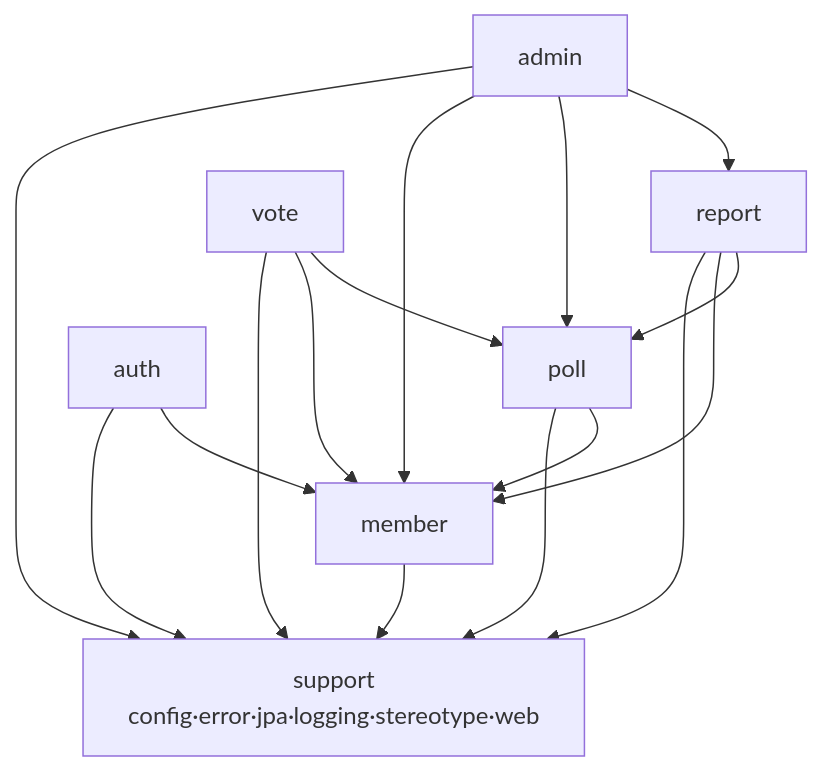
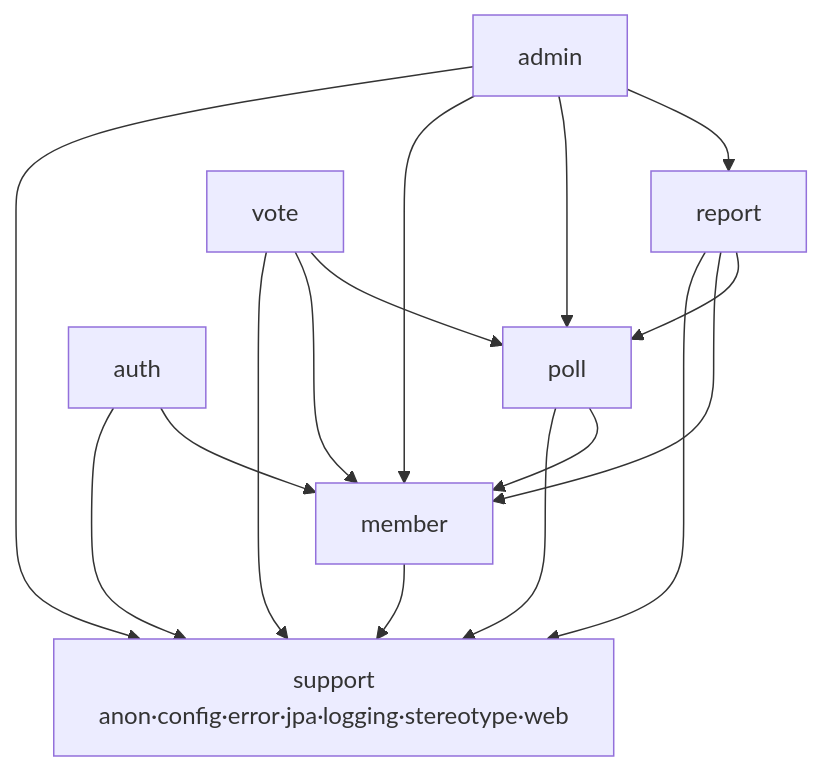
The second of 3 diagrams in docs/아키텍처.md (kwakseobang/AuDDum), drawn with Mermaid before and after one commit. The commit also changed other lines of this file and 31 other files, not shown here.

````diff
--- a/docs/아키텍처.md
+++ b/docs/아키텍처.md
@@ -85,19 +85,19 @@
 ```mermaid
 flowchart TD
     admin --> report
     admin --> poll
     admin --> member
     report --> poll
     vote --> poll
     poll --> member
     vote --> member
     report --> member
     auth --> member
     poll --> support
     vote --> support
     report --> support
     admin --> support
     auth --> support
     member --> support
-    support["support<br/>config·error·jpa·logging·stereotype·web"]
+    support["support<br/>anon·config·error·jpa·logging·stereotype·web"]
 ```
````
